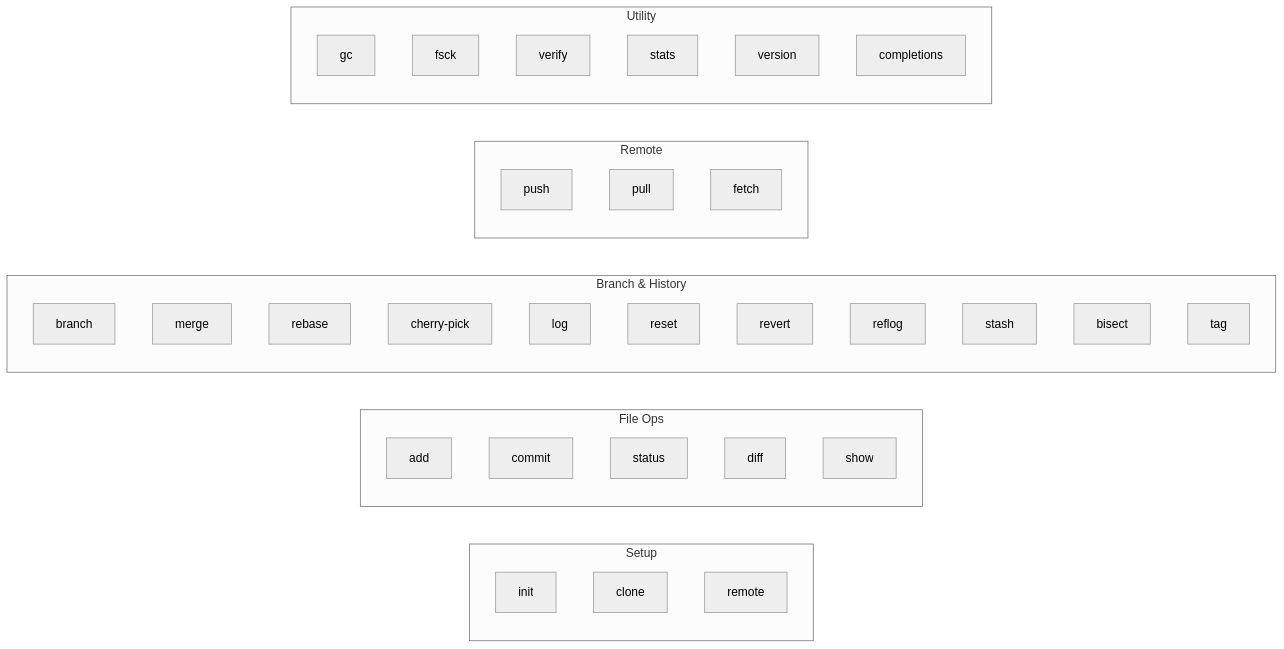
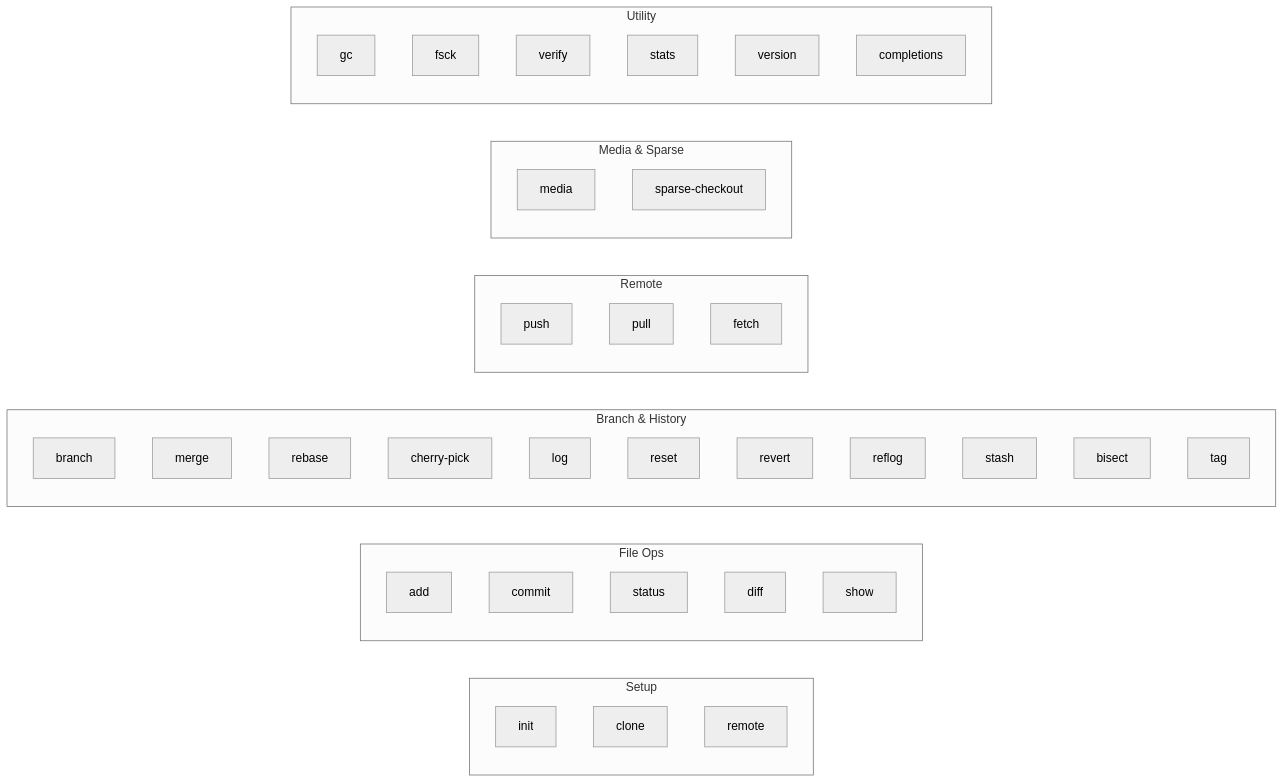
The first of 2 diagrams in CLI_REFERENCE.md (winnyboy5/mediagit-core), drawn with Mermaid (neutral theme) before and after one commit. The commit also changed other lines of this file and 93 other files, not shown here.

````diff
--- a/CLI_REFERENCE.md
+++ b/CLI_REFERENCE.md
@@ -11,41 +11,45 @@
 ```mermaid
 graph LR
     subgraph Setup
         init
         clone
         remote
     end
     subgraph "File Ops"
         add
         commit
         status
         diff
         show
     end
     subgraph "Branch & History"
         branch
         merge
         rebase
         cherry-pick
         log
         reset
         revert
         reflog
         stash
         bisect
         tag
     end
     subgraph Remote
         push
         pull
         fetch
     end
+    subgraph "Media & Sparse"
+        media
+        sparse-checkout
+    end
     subgraph Utility
         gc
         fsck
         verify
         stats
         version
         completions
     end
 ```
````
